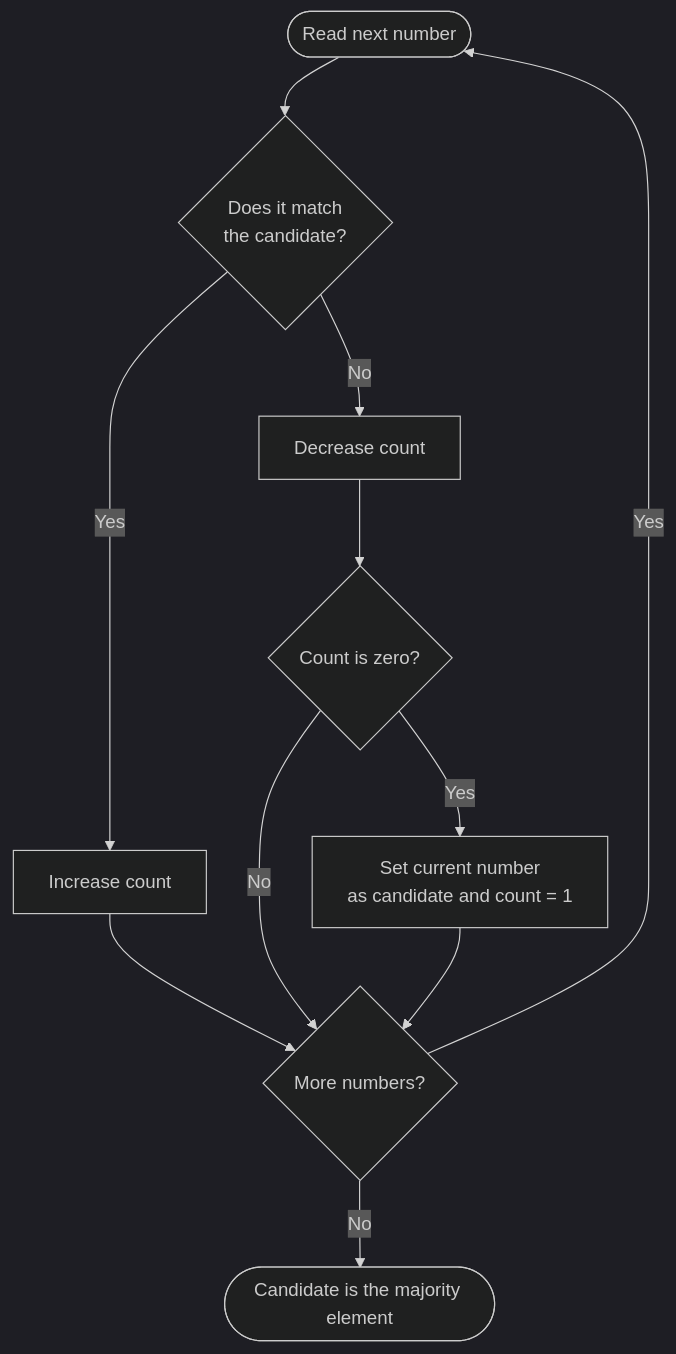
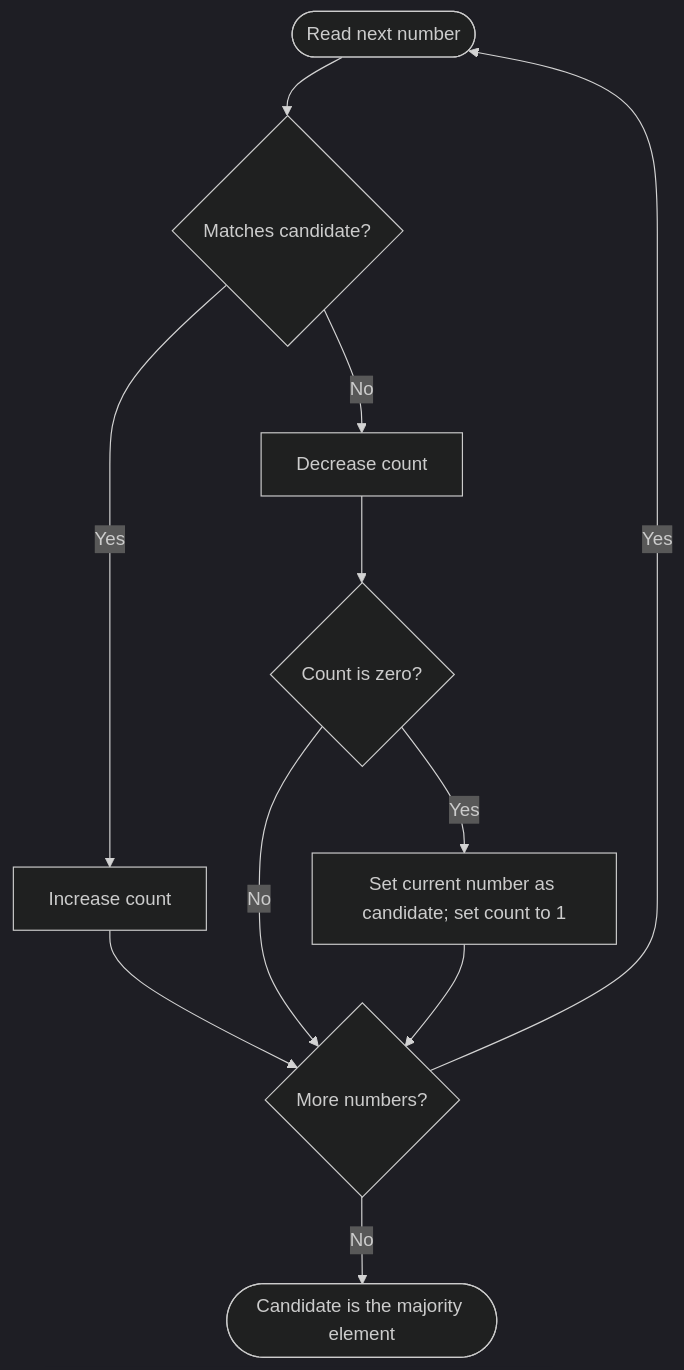
One commit to siddhantsolves/LeetCode changed the diagram in Majority-Element.md. Above: the diagram before and after it, drawn with Mermaid (dark theme).

Commit message:
Fix Mermaid diagram syntax

```diff
--- a/Majority-Element.md
+++ b/Majority-Element.md
@@ -59,13 +59,13 @@
 ~~~mermaid
 flowchart TD
-    A([Read next number]) --> B{Does it match<br/>the candidate?}
-    B -- Yes --> C[Increase count]
-    B -- No --> D[Decrease count]
-    C --> E{More numbers?}
-    D --> F{Count is zero?}
-    F -- Yes --> G[Set current number<br/>as candidate and count = 1]
+    A([Read next number]) --> B{"Matches candidate?"}
+    B -- Yes --> C["Increase count"]
+    B -- No --> D["Decrease count"]
+    C --> E{"More numbers?"}
+    D --> F{"Count is zero?"}
+    F -- Yes --> G["Set current number as candidate; set count to 1"]
     F -- No --> E
     G --> E
     E -- Yes --> A
     E -- No --> H([Candidate is the majority element])
 ~~~
```
